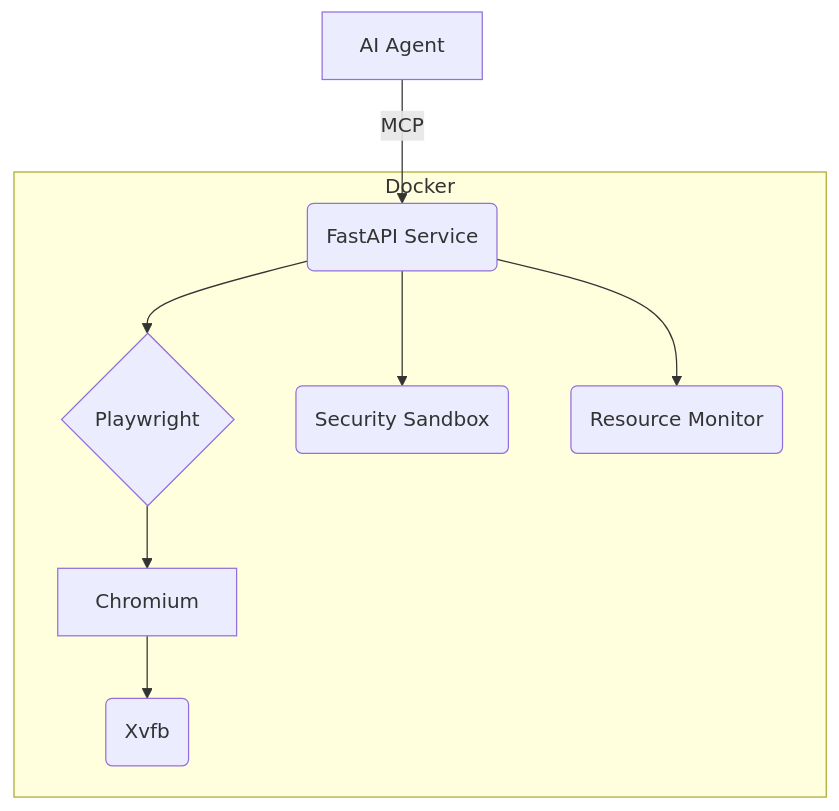
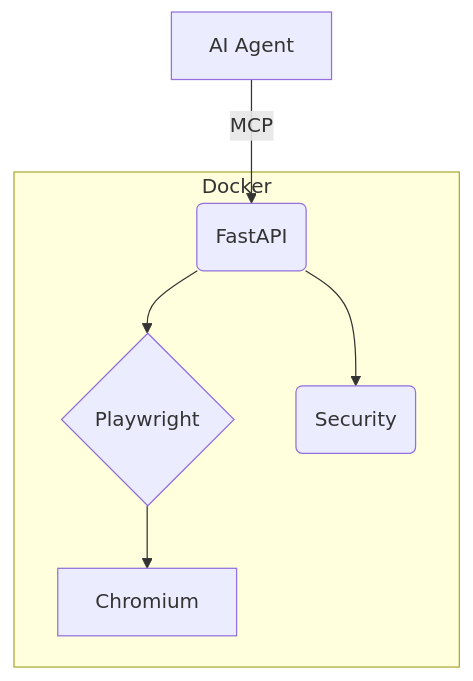
One commit to neoforge-dev/mcp-browser changed the diagram in memory-bank/system-patterns.md. Above: the diagram before and after it, drawn with Mermaid. The commit also changed other lines of this file and 13 other files, not shown here.

First line of the commit message:
Enhance Docker configuration and testing framework for MCP Browser

````diff
--- a/memory-bank/system-patterns.md
+++ b/memory-bank/system-patterns.md
@@ -35,11 +28,8 @@
 ```mermaid
 graph TD
-    A[AI Agent] -->|MCP| B(FastAPI Service);
-    subgraph Docker
-      B --> C{Playwright};
-      C --> D[Chromium];
-      D --> E(Xvfb);
-      B --> F(Security Sandbox);
-      B --> G(Resource Monitor);
-    end
+  A[AI Agent] -->|MCP| B(FastAPI);
+  subgraph Docker
+    B --> C{Playwright} --> D[Chromium];
+    B --> F(Security);
+  end
 ```
````
